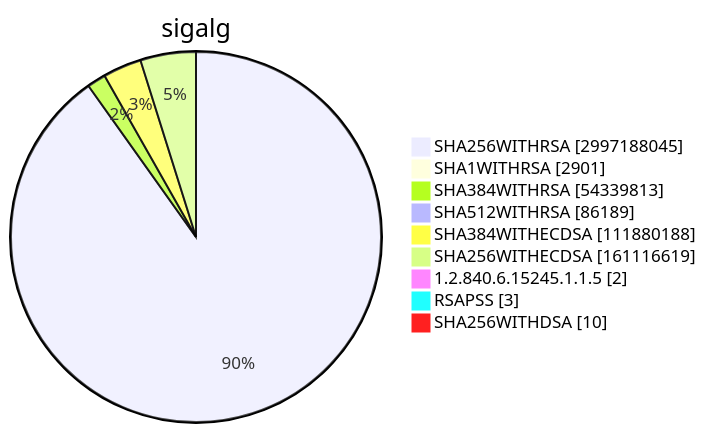
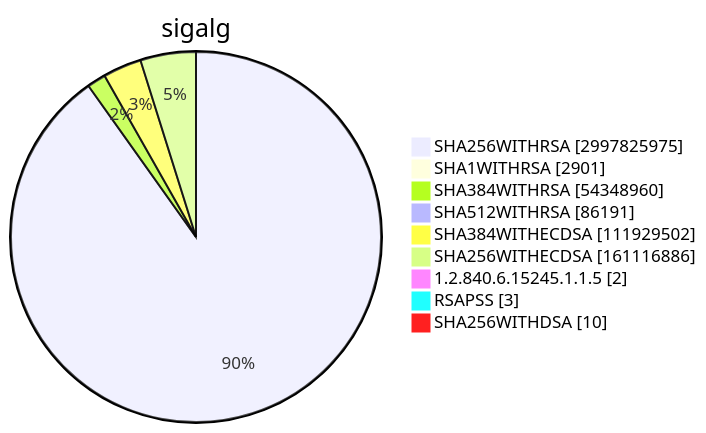
One commit to christiankrug/ctmonitor_visualization changed diagram 15 of 15 in TOTAL/README.md. Above: the diagram before and after it, drawn with Mermaid. The commit also changed other lines of this file, not shown here.

````diff
--- a/TOTAL/README.md
+++ b/TOTAL/README.md
@@ -6208,13 +6208,13 @@
 ```mermaid
 pie showData
 title sigalg
-"SHA256WITHRSA" :2997188045
+"SHA256WITHRSA" :2997825975
 "SHA1WITHRSA" :2901
-"SHA384WITHRSA" :54339813
-"SHA512WITHRSA" :86189
-"SHA384WITHECDSA" :111880188
-"SHA256WITHECDSA" :161116619
+"SHA384WITHRSA" :54348960
+"SHA512WITHRSA" :86191
+"SHA384WITHECDSA" :111929502
+"SHA256WITHECDSA" :161116886
 "1.2.840.6.15245.1.1.5" :2
 "RSAPSS" :3
 "SHA256WITHDSA" :10
 ```
````
